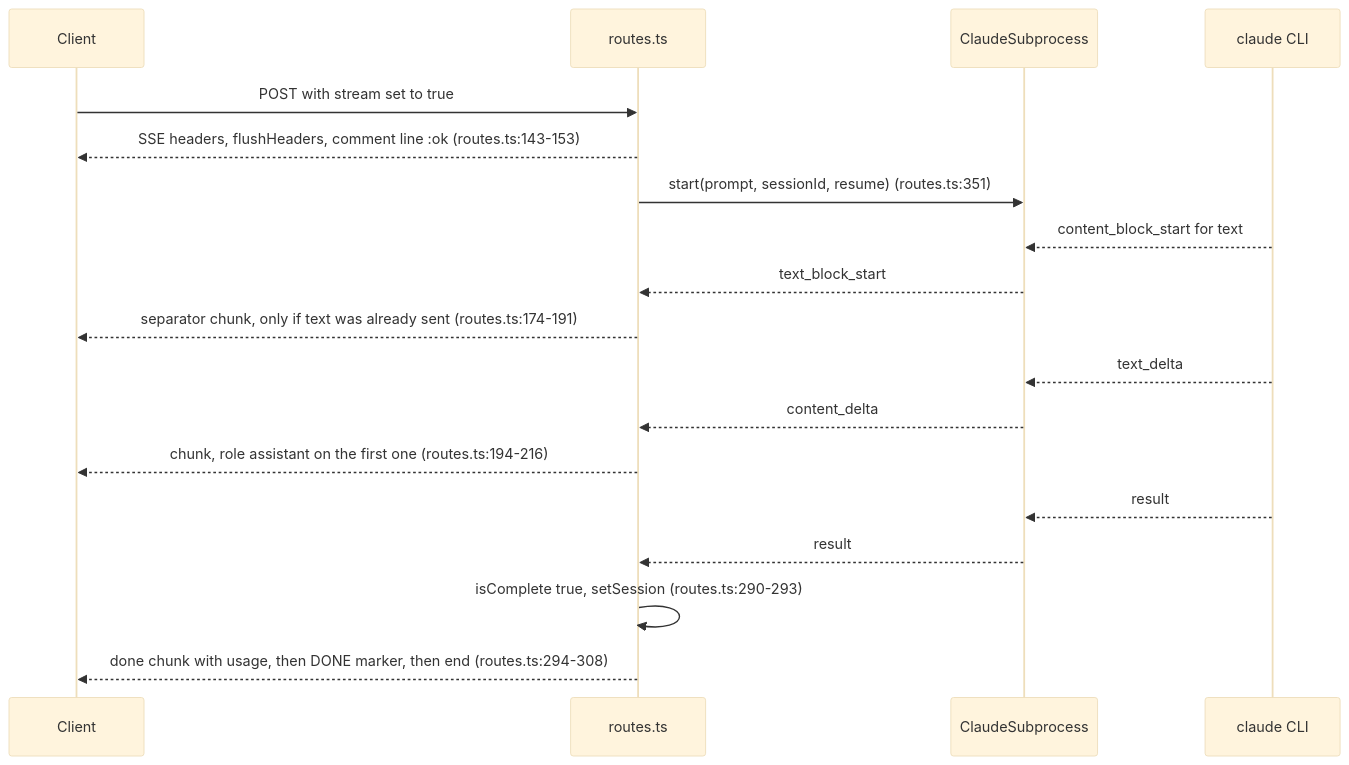
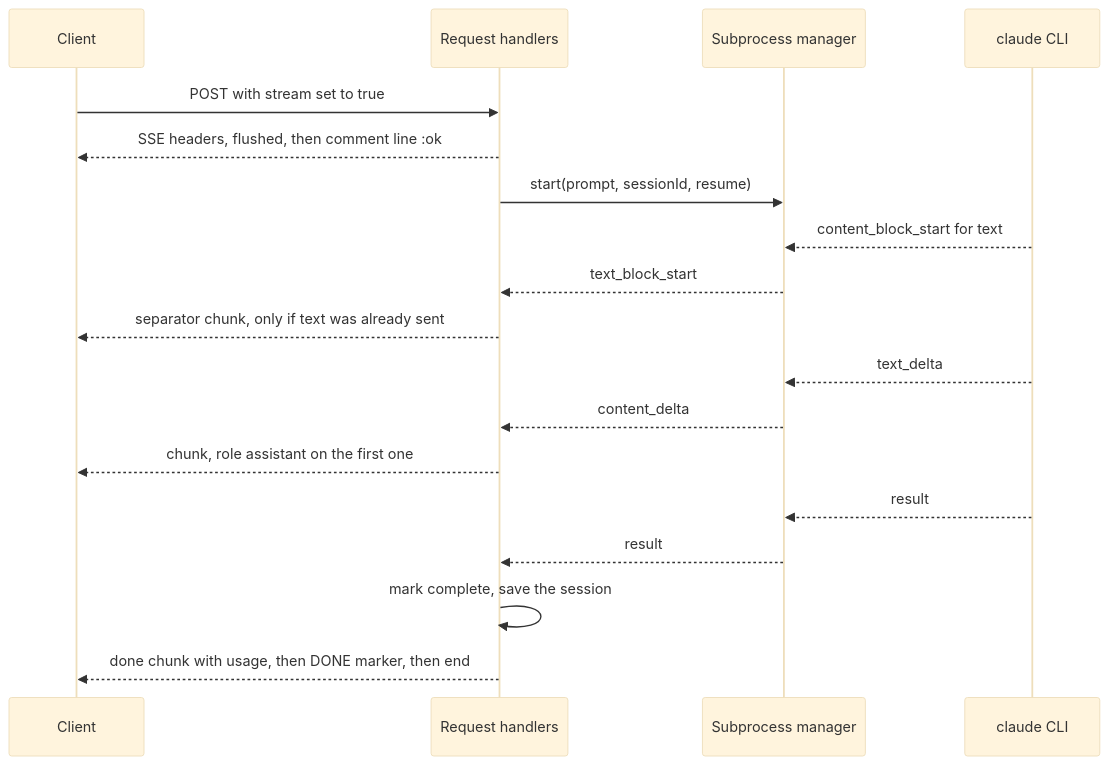
The third of 4 diagrams in docs/WORKFLOW.md (jameshskoh/claude-max-api-proxy), drawn with Mermaid (base theme) before and after one commit. The commit also changed other lines of this file and 14 other files, not shown here.

````diff
--- a/docs/WORKFLOW.md
+++ b/docs/WORKFLOW.md
@@ -142,20 +140,20 @@
 ```mermaid
 sequenceDiagram
   participant C as Client
-  participant R as routes.ts
-  participant S as ClaudeSubprocess
+  participant R as Request handlers
+  participant S as Subprocess manager
   participant CLI as claude CLI
   C->>R: POST with stream set to true
-  R-->>C: SSE headers, flushHeaders, comment line :ok (routes.ts:143-153)
-  R->>S: start(prompt, sessionId, resume) (routes.ts:351)
+  R-->>C: SSE headers, flushed, then comment line :ok
+  R->>S: start(prompt, sessionId, resume)
   CLI-->>S: content_block_start for text
   S-->>R: text_block_start
-  R-->>C: separator chunk, only if text was already sent (routes.ts:174-191)
+  R-->>C: separator chunk, only if text was already sent
   CLI-->>S: text_delta
   S-->>R: content_delta
-  R-->>C: chunk, role assistant on the first one (routes.ts:194-216)
+  R-->>C: chunk, role assistant on the first one
   CLI-->>S: result
   S-->>R: result
-  R->>R: isComplete true, setSession (routes.ts:290-293)
-  R-->>C: done chunk with usage, then DONE marker, then end (routes.ts:294-308)
+  R->>R: mark complete, save the session
+  R-->>C: done chunk with usage, then DONE marker, then end
 ```
````
